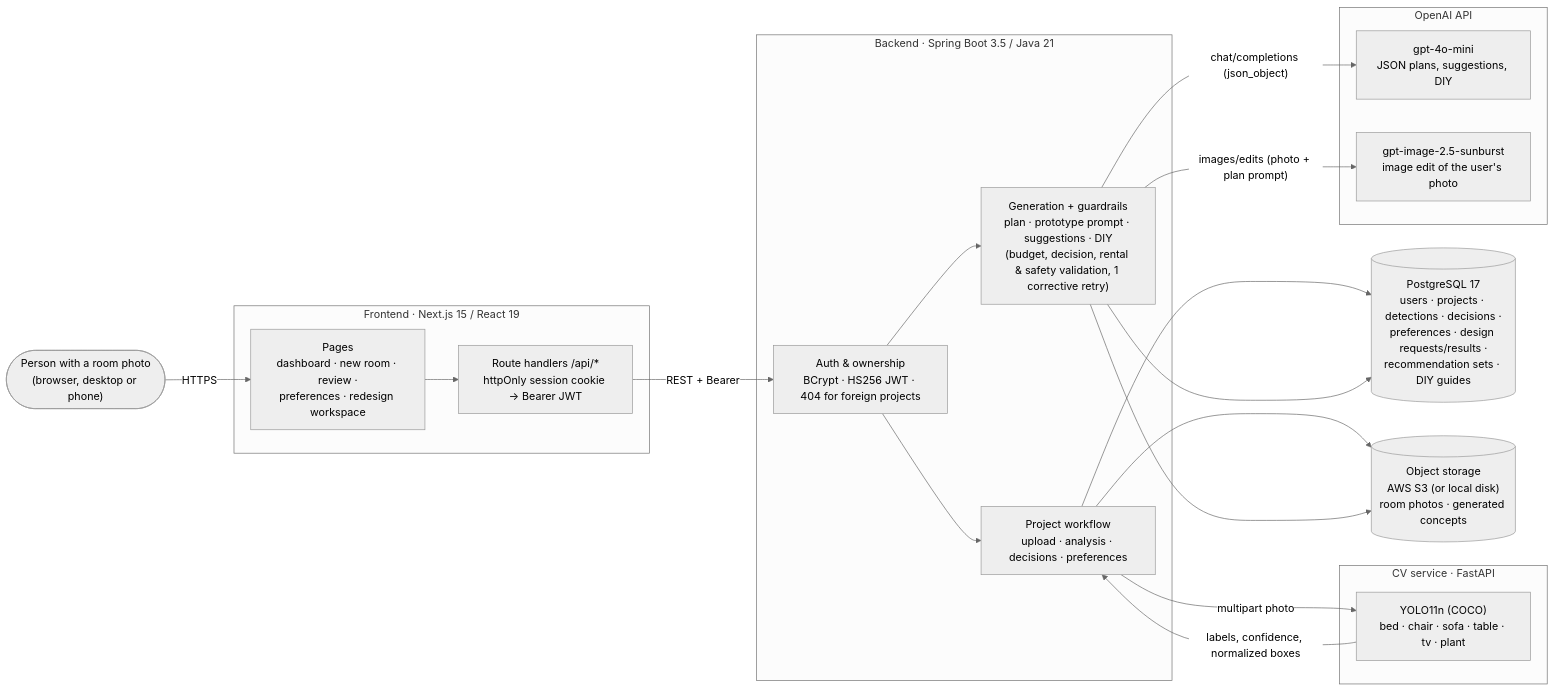
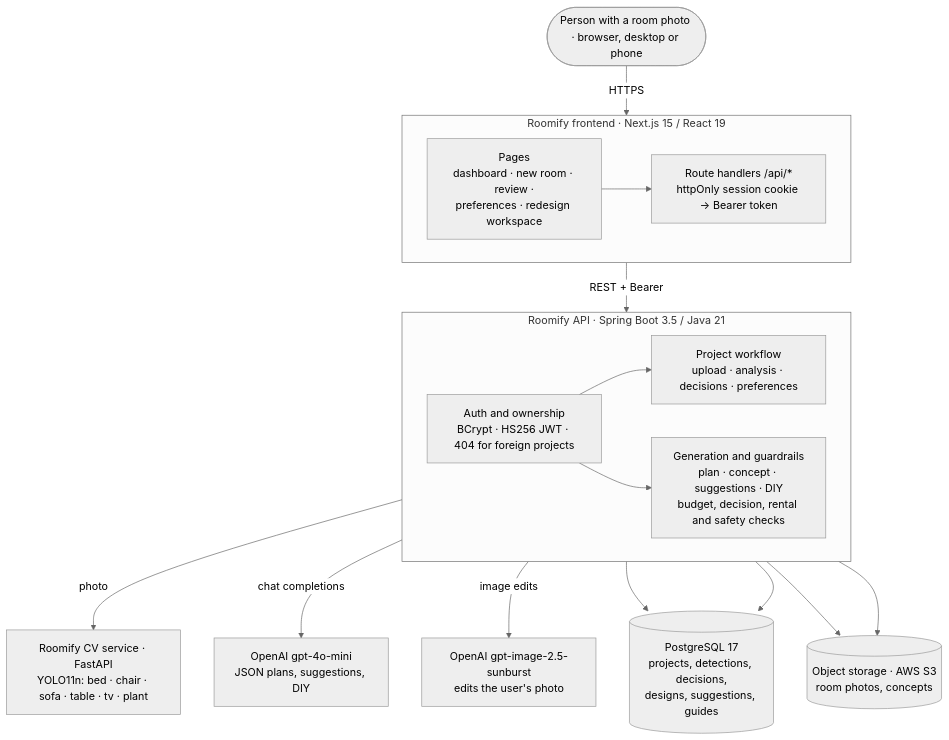
Before and after one commit to Bootcamp2Roomify/roomify_backend: the diagram in docs/submission/architecture/architecture.mmd, drawn with Mermaid (neutral theme). The commit also changed 58 other files, not shown here.

First line of the commit message:
docs(submission): judge-ready PDF and DOCX documents, one-command build

```diff
--- a/docs/submission/architecture/architecture.mmd
+++ b/docs/submission/architecture/architecture.mmd
@@ -1,40 +1,35 @@
-%% Roomify system architecture. Render: npx @mermaid-js/mermaid-cli -i architecture.mmd -o architecture.svg
-flowchart LR
-  user(["Person with a room photo<br/>(browser, desktop or phone)"])
+%% Roomify system architecture. Rendered by docs/submission/build.sh.
+flowchart TB
+  user(["Person with a room photo · browser, desktop or phone"])
 
-  subgraph FE["Frontend · Next.js 15 / React 19"]
+  subgraph FE["Roomify frontend · Next.js 15 / React 19"]
+    direction LR
     pages["Pages<br/>dashboard · new room · review ·<br/>preferences · redesign workspace"]
-    bridge["Route handlers /api/*<br/>httpOnly session cookie → Bearer JWT"]
+    bridge["Route handlers /api/*<br/>httpOnly session cookie → Bearer token"]
   end
 
-  subgraph BE["Backend · Spring Boot 3.5 / Java 21"]
-    auth["Auth & ownership<br/>BCrypt · HS256 JWT · 404 for foreign projects"]
+  subgraph BE["Roomify API · Spring Boot 3.5 / Java 21"]
+    direction LR
+    auth["Auth and ownership<br/>BCrypt · HS256 JWT · 404 for foreign projects"]
     flow["Project workflow<br/>upload · analysis · decisions · preferences"]
-    gen["Generation + guardrails<br/>plan · prototype prompt · suggestions · DIY<br/>(budget, decision, rental & safety validation, 1 corrective retry)"]
+    gen["Generation and guardrails<br/>plan · concept · suggestions · DIY<br/>budget, decision, rental and safety checks"]
   end
 
-  subgraph CV["CV service · FastAPI"]
-    yolo["YOLO11n (COCO)<br/>bed · chair · sofa · table · tv · plant"]
-  end
-
-  subgraph AI["OpenAI API"]
-    llm["gpt-4o-mini<br/>JSON plans, suggestions, DIY"]
-    img["gpt-image-2.5-sunburst<br/>image edit of the user's photo"]
-  end
-
-  pg[("PostgreSQL 17<br/>users · projects · detections · decisions ·<br/>preferences · design requests/results ·<br/>recommendation sets · DIY guides")]
-  store[("Object storage<br/>AWS S3 (or local disk)<br/>room photos · generated concepts")]
+  cv["Roomify CV service · FastAPI<br/>YOLO11n: bed · chair · sofa · table · tv · plant"]
+  llm["OpenAI gpt-4o-mini<br/>JSON plans, suggestions, DIY"]
+  img["OpenAI gpt-image-2.5-sunburst<br/>edits the user's photo"]
+  pg[("PostgreSQL 17<br/>projects, detections, decisions,<br/>designs, suggestions, guides")]
+  store[("Object storage · AWS S3<br/>room photos, concepts")]
 
   user -- HTTPS --> pages
   pages --> bridge
   bridge -- "REST + Bearer" --> auth
   auth --> flow
   auth --> gen
-  flow -- "multipart photo" --> yolo
-  yolo -- "labels, confidence, normalized boxes" --> flow
-  gen -- "chat/completions (json_object)" --> llm
-  gen -- "images/edits (photo + plan prompt)" --> img
+  flow -- "photo" --> cv
+  gen -- "chat completions" --> llm
+  gen -- "image edits" --> img
   flow --> pg
   gen --> pg
   flow --> store
   gen --> store
```
